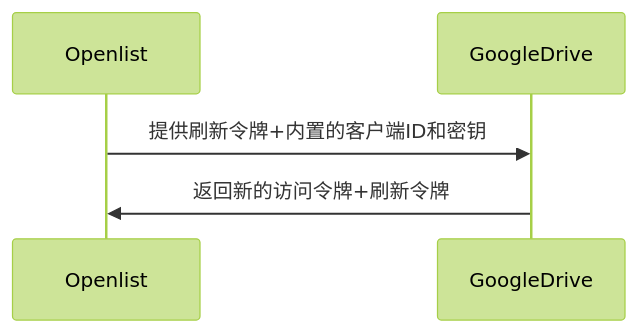
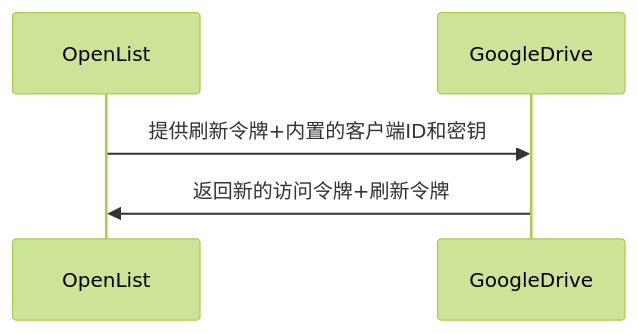
The first of 3 diagrams in pages/guide/drivers/google_drive.md (xrgzs/OpenList-Docs), drawn with Mermaid (forest theme) before and after one commit. The commit also changed other lines of this file and 12 other files, not shown here.

Commit message:
chore(typo): replace `Openlist` to `OpenList` (#48)

````diff
--- a/pages/guide/drivers/google_drive.md
+++ b/pages/guide/drivers/google_drive.md
@@ -131,8 +131,8 @@
 ```mermaid
 sequenceDiagram
-  participant  Openlist
+  participant  OpenList
   participant  GoogleDrive
-  Openlist->>GoogleDrive: 提供刷新令牌+内置的客户端ID和密钥
-  GoogleDrive->>Openlist: 返回新的访问令牌+刷新令牌
+  OpenList->>GoogleDrive: 提供刷新令牌+内置的客户端ID和密钥
+  GoogleDrive->>OpenList: 返回新的访问令牌+刷新令牌
 
 ```
````
